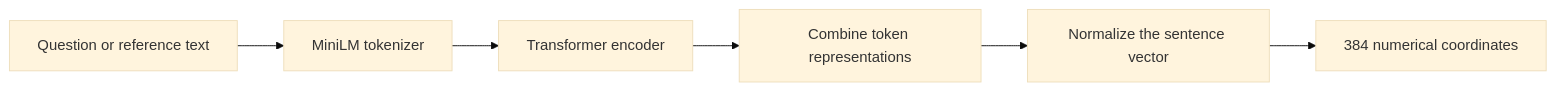
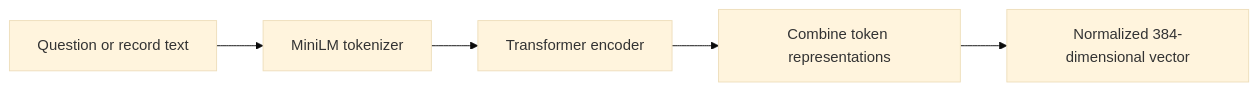
Before and after one commit to Kongstad/planetary-scanner: the third of 6 diagrams in docs/ai-pipeline.md, drawn with Mermaid (base theme). The commit also changed other lines of this file, not shown here.

````diff
--- a/docs/ai-pipeline.md
+++ b/docs/ai-pipeline.md
@@ -144,8 +104,7 @@
 ```mermaid
 flowchart LR
-    Text[Question or reference text] --> Tokenizer[MiniLM tokenizer]
-    Tokenizer --> EncoderLayers[Transformer encoder]
-    EncoderLayers --> Pooling[Combine token representations]
-    Pooling --> Normalization[Normalize the sentence vector]
-    Normalization --> Vector[384 numerical coordinates]
+    Text[Question or record text] --> Tokenizer[MiniLM tokenizer]
+    Tokenizer --> Encoder[Transformer encoder]
+    Encoder --> Pooling[Combine token representations]
+    Pooling --> Vector[Normalized 384-dimensional vector]
 ```
````
